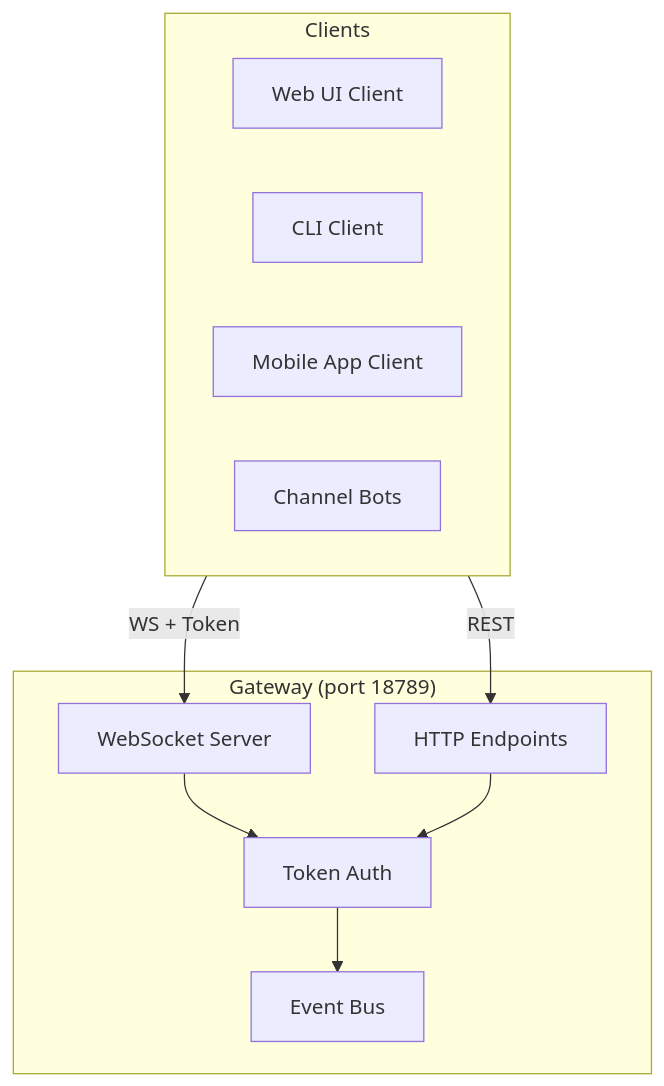
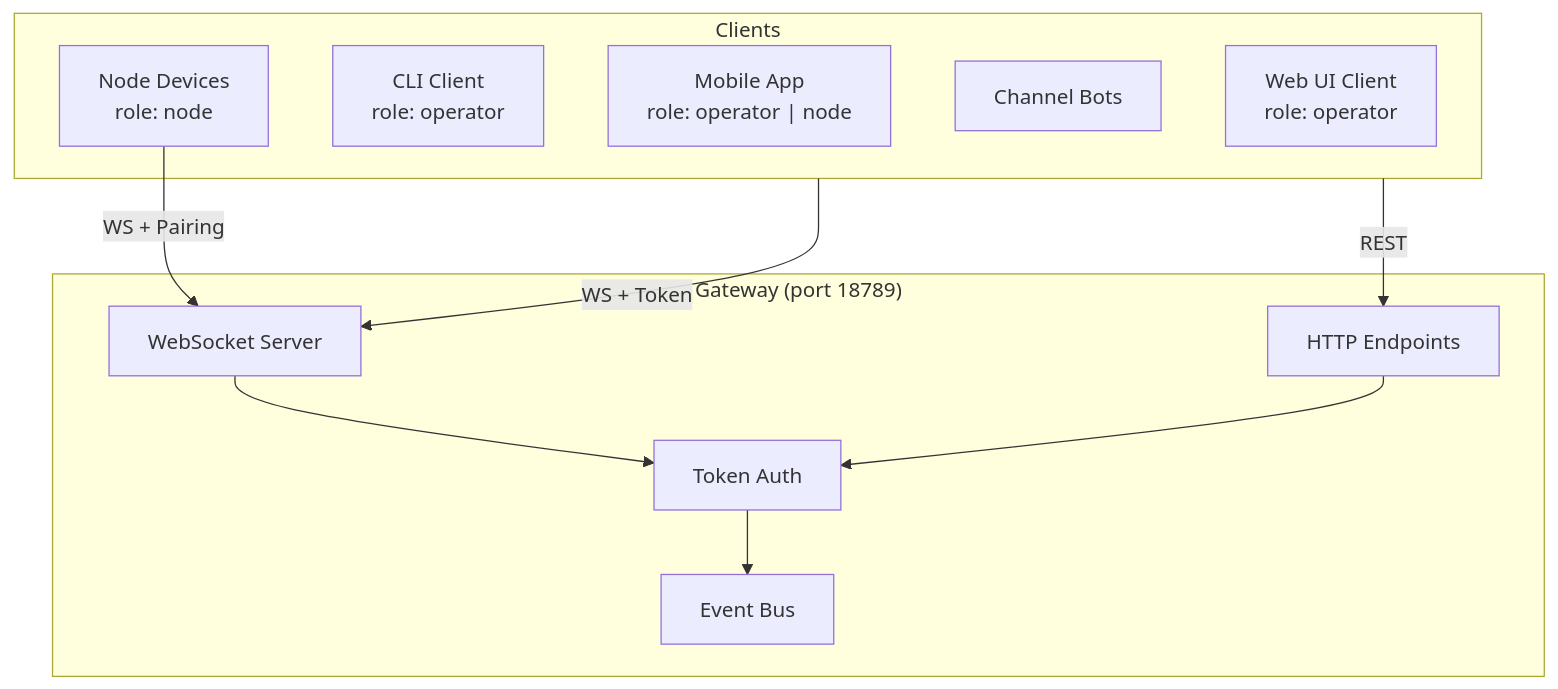
Before and after one commit to Craftech360-projects/openclaw: the third of 21 diagrams in docs/SYSTEM_DESIGN.md, drawn with Mermaid. The commit also changed other lines of this file, not shown here.

````diff
--- a/docs/SYSTEM_DESIGN.md
+++ b/docs/SYSTEM_DESIGN.md
@@ -144,21 +144,23 @@
 ```mermaid
 graph TD
     subgraph Gateway["Gateway (port 18789)"]
         WSS[WebSocket Server]
         HTTPS[HTTP Endpoints]
         AUTH[Token Auth]
         EVT[Event Bus]
     end
 
     subgraph Clients
-        WEBCLI[Web UI Client]
-        CLICLI[CLI Client]
-        MOBCLI[Mobile App Client]
+        WEBCLI["Web UI Client<br/>role: operator"]
+        CLICLI["CLI Client<br/>role: operator"]
+        MOBCLI["Mobile App<br/>role: operator | node"]
         BOTCLI[Channel Bots]
+        NODECLI["Node Devices<br/>role: node"]
     end
 
     Clients -->|WS + Token| WSS
+    NODECLI -->|WS + Pairing| WSS
     Clients -->|REST| HTTPS
     WSS --> AUTH --> EVT
     HTTPS --> AUTH
 ```
````
